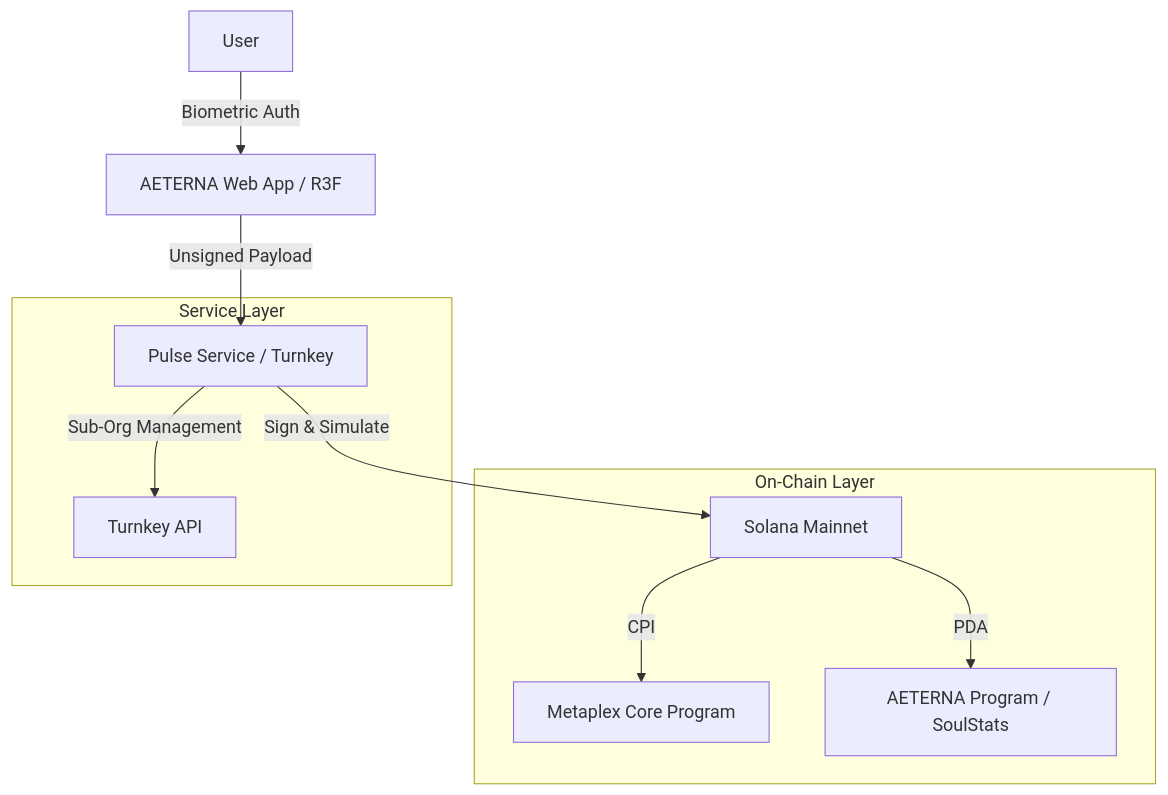
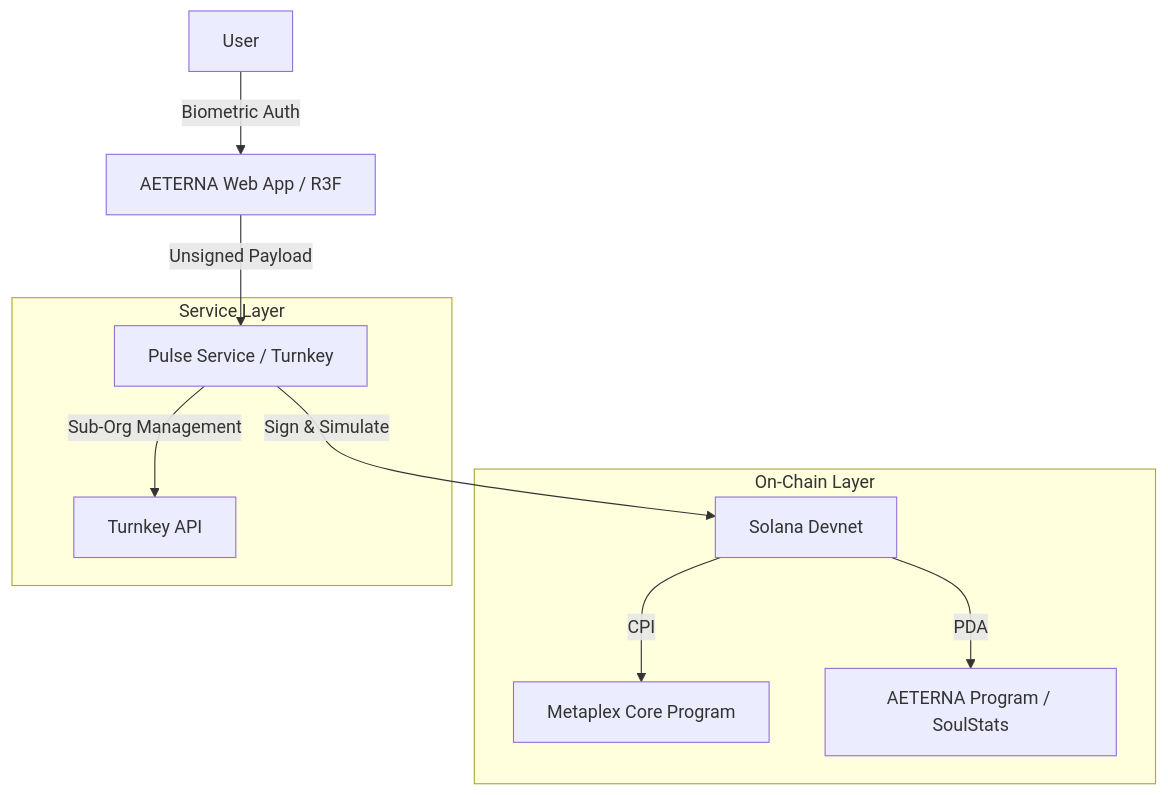
One commit to RYthaGOD/Aeterna changed the diagram in README.md. Above: the diagram before and after it, drawn with Mermaid. The commit also changed other lines of this file, not shown here.

Commit message:
docs: finalized project specification for devnet hackathon release

````diff
--- a/README.md
+++ b/README.md
@@ -26,15 +26,15 @@
 ```mermaid
 graph TD
     User[User] -->|Biometric Auth| Web[AETERNA Web App / R3F]
     Web -->|Unsigned Payload| Backend[Pulse Service / Turnkey]
-    Backend -->|Sign & Simulate| Solana[Solana Mainnet]
+    Backend -->|Sign & Simulate| Solana[Solana Devnet]
     
     subgraph "On-Chain Layer"
         Solana -->|CPI| Core[Metaplex Core Program]
         Solana -->|PDA| Soul[AETERNA Program / SoulStats]
     end
     
     subgraph "Service Layer"
         Backend -->|Sub-Org Management| Turnkey[Turnkey API]
     end
 ```
````
